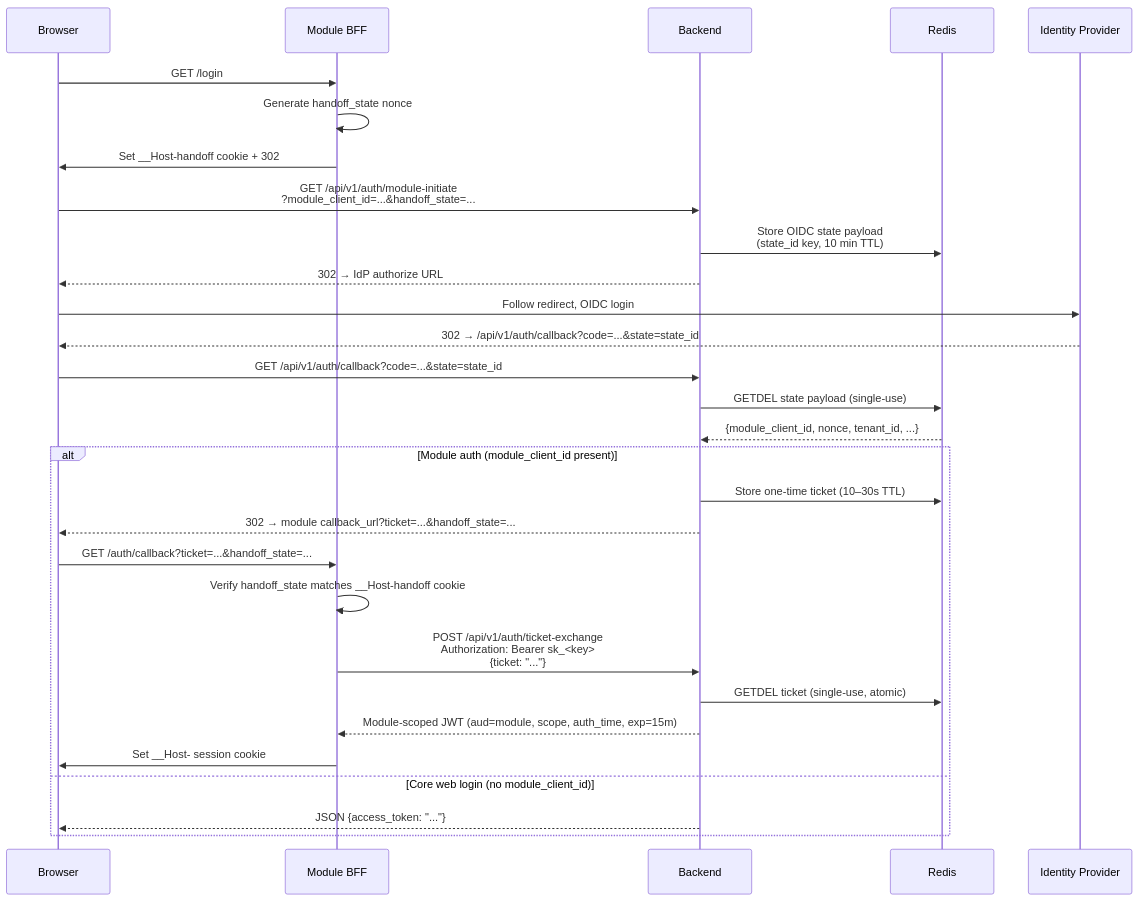
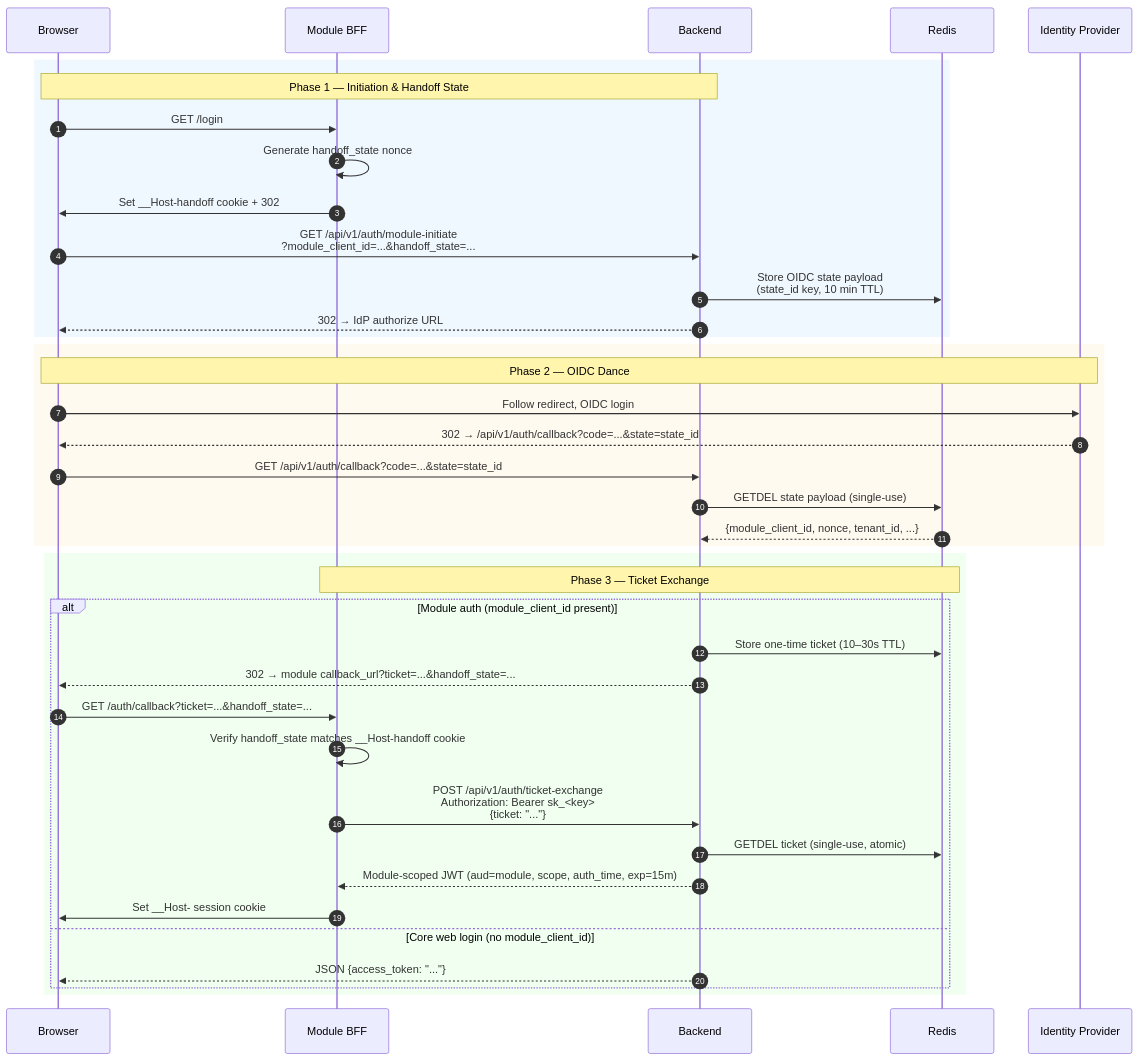
The third of 4 diagrams in README.md (CCimen/eneo-modules-example), drawn with Mermaid before and after one commit. The commit also changed other lines of this file and 1 other file, not shown here.

First line of the commit message:
docs: improve Mermaid diagrams for readability

````diff
--- a/README.md
+++ b/README.md
@@ -312,36 +318,44 @@
 ```mermaid
 sequenceDiagram
+    autonumber
     participant B as Browser
     participant M as Module BFF
     participant BE as Backend
     participant R as Redis
     participant IdP as Identity Provider
 
+    rect rgb(240, 248, 255)
+    Note over B, BE: Phase 1 — Initiation & Handoff State
     B->>M: GET /login
     M->>M: Generate handoff_state nonce
     M->>B: Set __Host-handoff cookie + 302
-
     B->>BE: GET /api/v1/auth/module-initiate<br/>?module_client_id=...&handoff_state=...
     BE->>R: Store OIDC state payload<br/>(state_id key, 10 min TTL)
     BE-->>B: 302 → IdP authorize URL
+    end
 
+    rect rgb(255, 250, 240)
+    Note over B, IdP: Phase 2 — OIDC Dance
     B->>IdP: Follow redirect, OIDC login
     IdP-->>B: 302 → /api/v1/auth/callback?code=...&state=state_id
     B->>BE: GET /api/v1/auth/callback?code=...&state=state_id
-
     BE->>R: GETDEL state payload (single-use)
     R-->>BE: {module_client_id, nonce, tenant_id, ...}
+    end
 
+    rect rgb(240, 255, 240)
+    Note over M, R: Phase 3 — Ticket Exchange
     alt Module auth (module_client_id present)
         BE->>R: Store one-time ticket (10–30s TTL)
         BE-->>B: 302 → module callback_url?ticket=...&handoff_state=...
         B->>M: GET /auth/callback?ticket=...&handoff_state=...
         M->>M: Verify handoff_state matches __Host-handoff cookie
         M->>BE: POST /api/v1/auth/ticket-exchange<br/>Authorization: Bearer sk_<key><br/>{ticket: "..."}
         BE->>R: GETDEL ticket (single-use, atomic)
         BE-->>M: Module-scoped JWT (aud=module, scope, auth_time, exp=15m)
         M->>B: Set __Host- session cookie
     else Core web login (no module_client_id)
         BE-->>B: JSON {access_token: "..."}
     end
+    end
 ```
````
